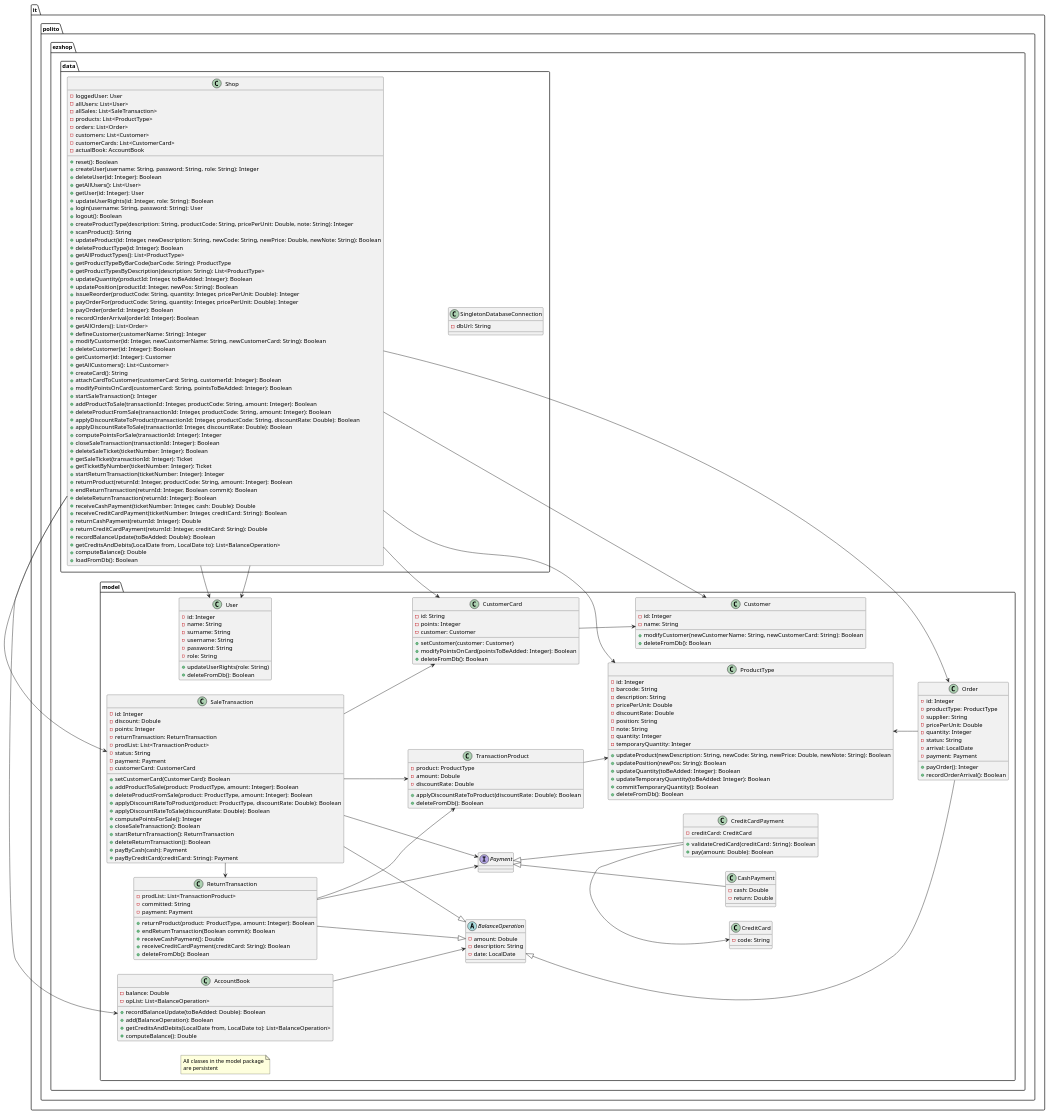
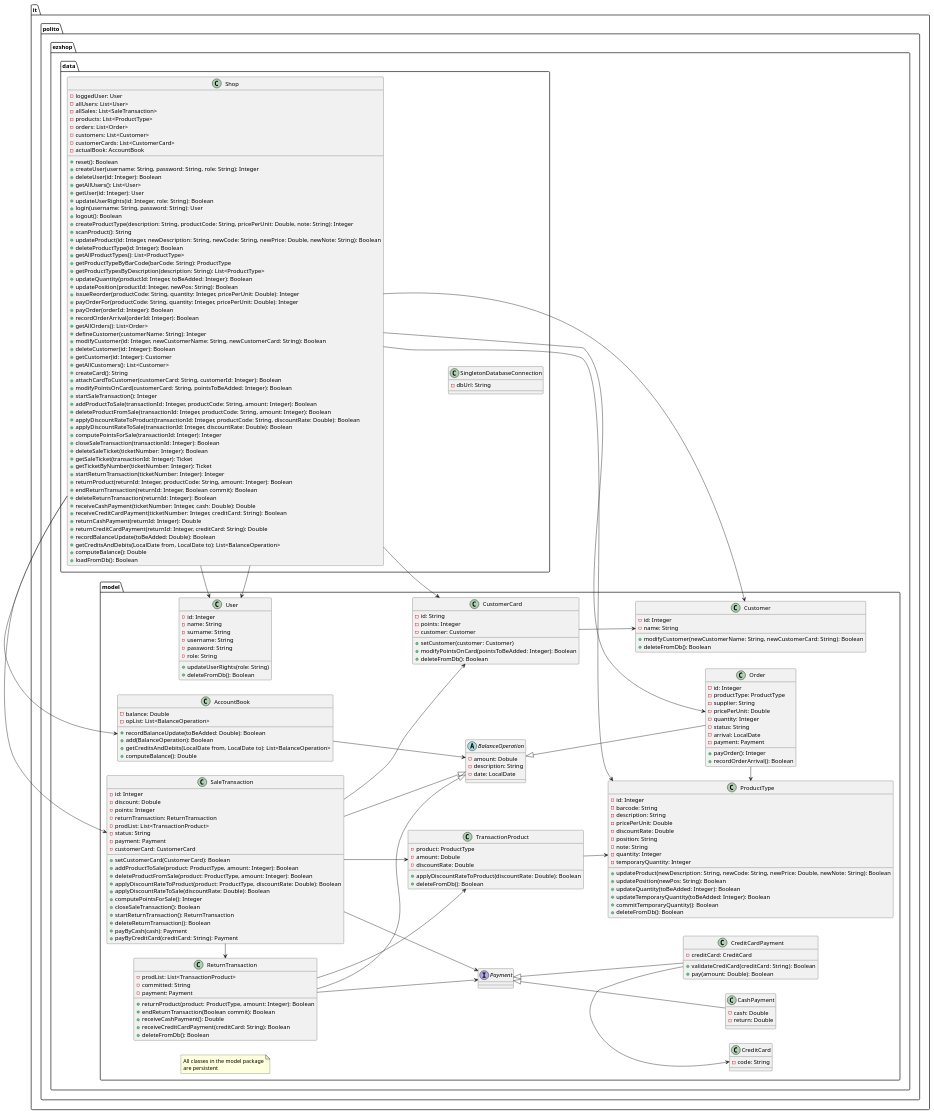
One commit to MatteoBattilana/EzShop changed the second of 4 diagrams in Deliverables/DesignDocument.md. Above: the diagram before and after it, drawn with PlantUML.

Commit message:
docs: rearranged

```diff
--- a/Deliverables/DesignDocument.md
+++ b/Deliverables/DesignDocument.md
@@ -262,7 +262,7 @@
 CustomerCard --> Customer
 SaleTransaction --> CustomerCard
 
-Order -up-> ProductType
+Order -right-> ProductType
 ReturnTransaction --> TransactionProduct
 }
 
```
